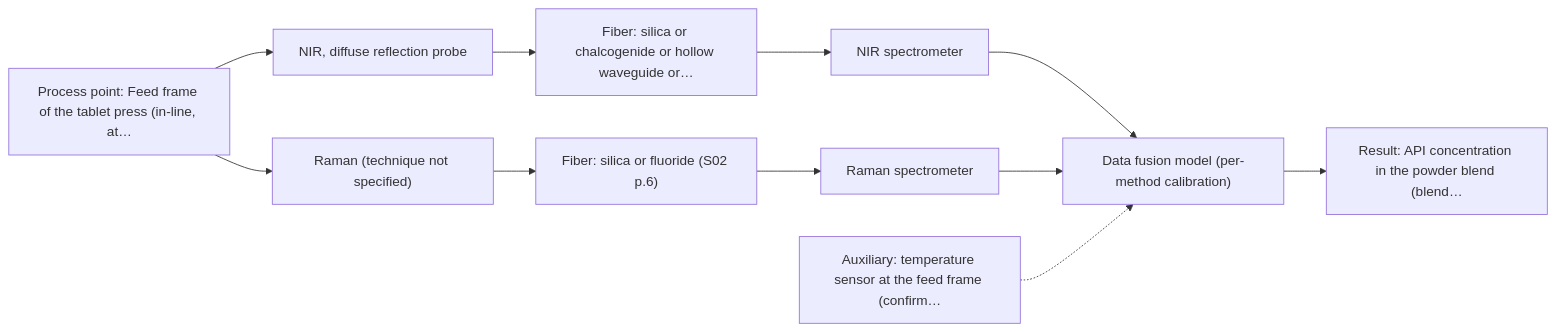
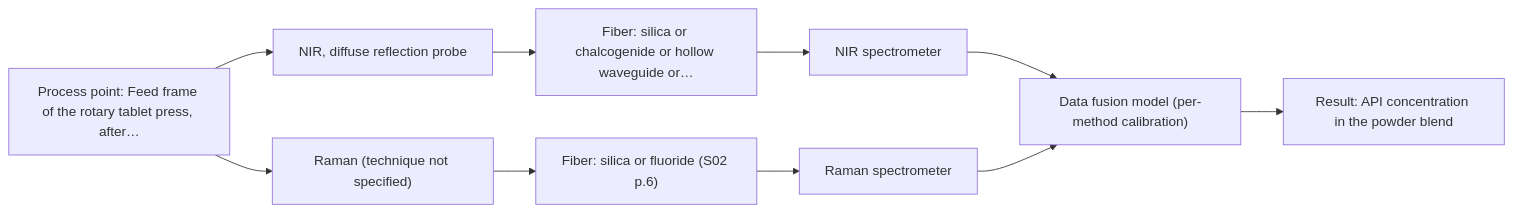
Before and after one commit to sleipnir029/Afs-Spectroscopy-Assistant: the second of 2 diagrams in outputs/dev/D01.md, drawn with Mermaid. The commit also changed other lines of this file and 15 other files, not shown here.

Commit message:
3.R4 dev outputs: 8/8 pass, 0 hard failures, 236/236 citations, 14/14 charts, 8/8 cost classes

````diff
--- a/outputs/dev/D01.md
+++ b/outputs/dev/D01.md
@@ -62,23 +91,21 @@
 ```mermaid
 flowchart LR
-    proc["Process point: Feed frame of the tablet press (in-line, at…"]
+    proc["Process point: Feed frame of the rotary tablet press, after…"]
     probe1["NIR, diffuse reflection probe"]
     fiber1["Fiber: silica or chalcogenide or hollow waveguide or…"]
     spec1["NIR spectrometer"]
     probe2["Raman (technique not specified)"]
     fiber2["Fiber: silica or fluoride (S02 p.6)"]
     spec2["Raman spectrometer"]
     model["Data fusion model (per-method calibration)"]
-    result["Result: API concentration in the powder blend (blend…"]
-    aux1["Auxiliary: temperature sensor at the feed frame (confirm…"]
+    result["Result: API concentration in the powder blend"]
     proc --> probe1
     probe1 --> fiber1
     fiber1 --> spec1
     spec1 --> model
     proc --> probe2
     probe2 --> fiber2
     fiber2 --> spec2
     spec2 --> model
     model --> result
-    aux1 -.-> model
 ```
````
